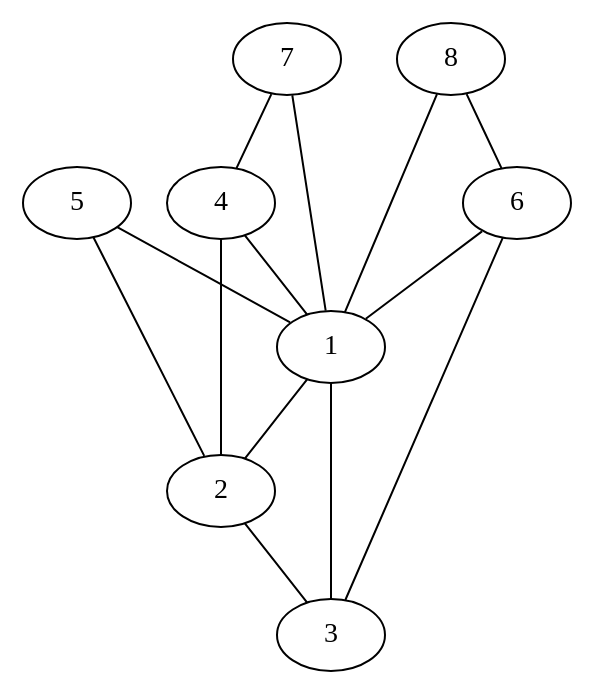
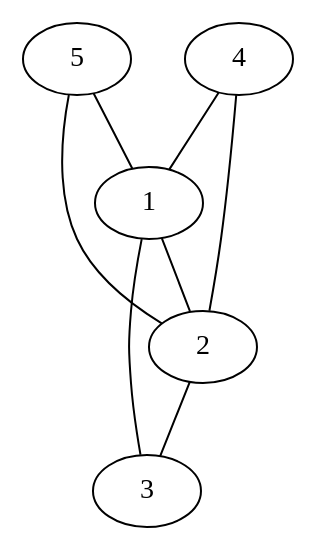
One commit to AltairAG/DAA- changed the diagram in DAlgoritmos/Proyecto/Archivos/DorogovtsevMendes.gv. Above: the diagram before and after it, drawn with Graphviz. The commit also changed 4 other files, not shown here.

```diff
--- a/DAlgoritmos/Proyecto/Archivos/DorogovtsevMendes.gv
+++ b/DAlgoritmos/Proyecto/Archivos/DorogovtsevMendes.gv
@@ -1,48 +1,21 @@
 graph G {
 1;
 2;
 3;
 1;
 2;
 3;
 4;
 1;
 2;
 3;
 4;
 5;
-1;
-2;
-3;
-4;
-5;
-6;
-1;
-2;
-3;
-4;
-5;
-6;
-7;
-1;
-2;
-3;
-4;
-5;
-6;
-7;
-8;
 1 -- 2;
 2 -- 3;
 3 -- 1;
 4 -- 1;
 4 -- 2;
 5 -- 1;
 5 -- 2;
-6 -- 3;
-6 -- 1;
-7 -- 4;
-7 -- 1;
-8 -- 6;
-8 -- 1;
 }
```
